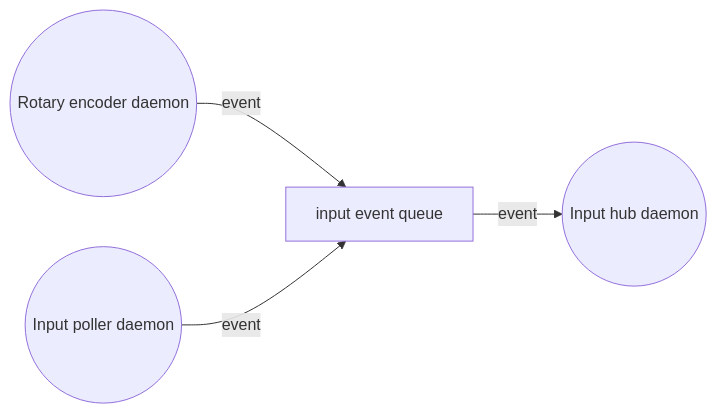
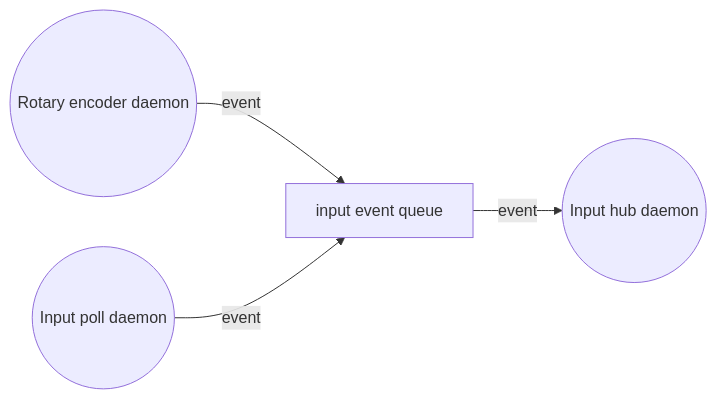
One commit to afpineda/OpenSourceSimWheelESP32 changed the third of 3 diagrams in doc/firmware/FirmwareArchitecture_en.md. Above: the diagram before and after it, drawn with Mermaid. The commit also changed other lines of this file and 18 other files, not shown here.

````diff
--- a/doc/firmware/FirmwareArchitecture_en.md
+++ b/doc/firmware/FirmwareArchitecture_en.md
@@ -256,10 +256,10 @@
 ```mermaid
 flowchart LR
   RE((Rotary encoder daemon))
-  IP((Input poller daemon))
+  IP((Input poll daemon))
   Q[input event queue]
   IH((Input hub daemon))
   RE -- event --> Q
   IP -- event --> Q
   Q -- event --> IH
 ```
````
